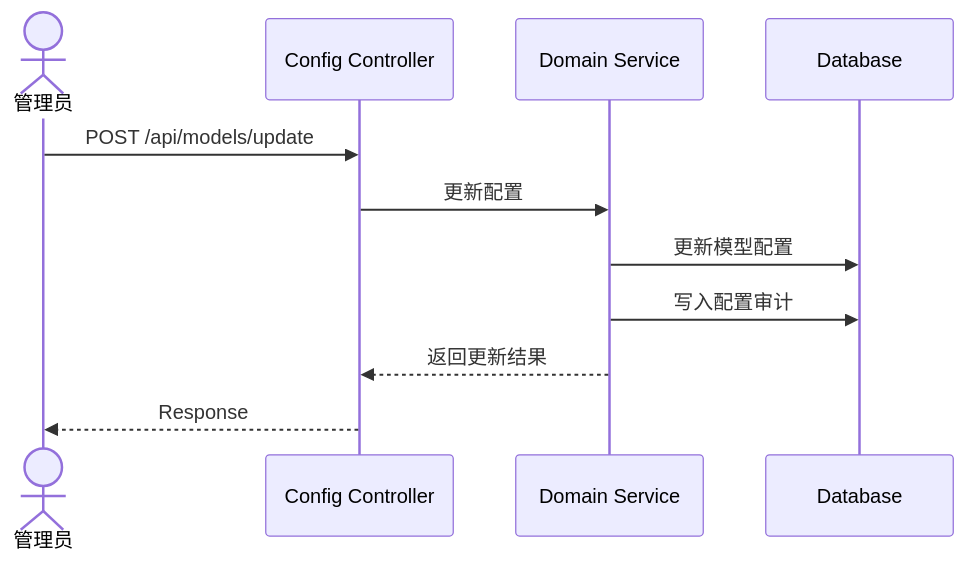
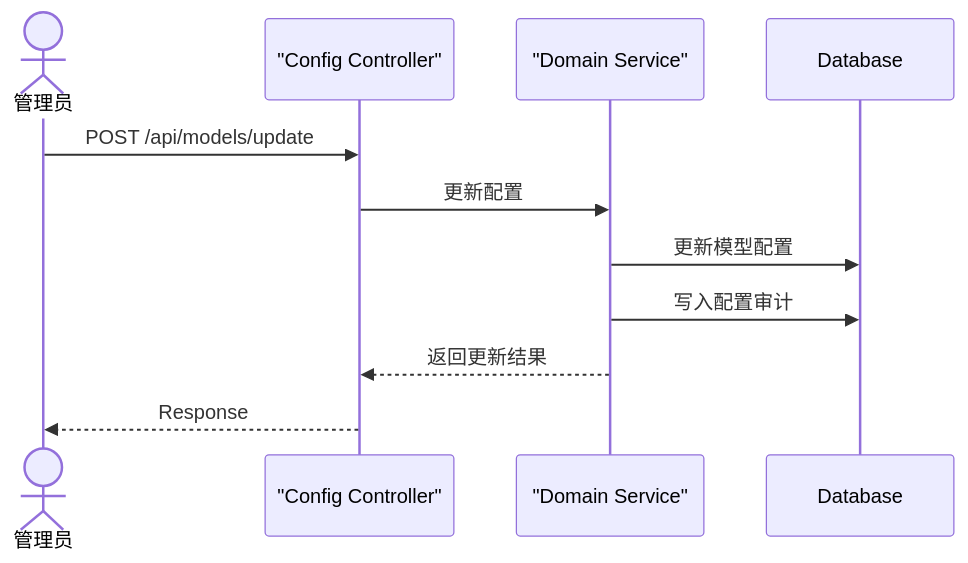
The second of 6 diagrams in .codex/入门文档.md (small-xiexu/ai-mcp-knowledge-study), drawn with Mermaid before and after one commit. The commit also changed other lines of this file and 133 other files, not shown here.

````diff
--- a/.codex/入门文档.md
+++ b/.codex/入门文档.md
@@ -81,14 +81,14 @@
 ```mermaid
 sequenceDiagram
   actor Admin as 管理员
-  participant Trigger as Config Controller
-  participant Domain as Domain Service
+  participant Trigger as "Config Controller"
+  participant Domain as "Domain Service"
   participant DB as Database
 
   Admin->>Trigger: POST /api/models/update
   Trigger->>Domain: 更新配置
   Domain->>DB: 更新模型配置
   Domain->>DB: 写入配置审计
   Domain-->>Trigger: 返回更新结果
   Trigger-->>Admin: Response
 ```
````
